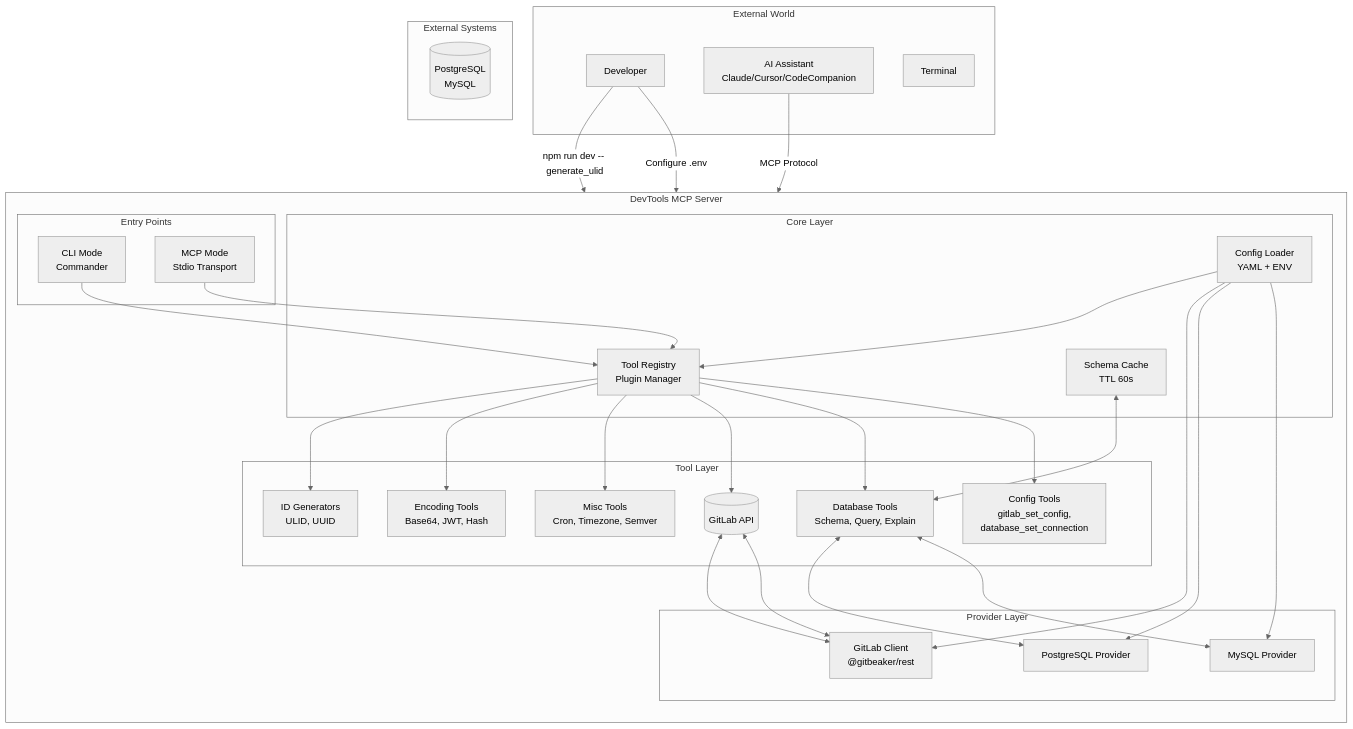
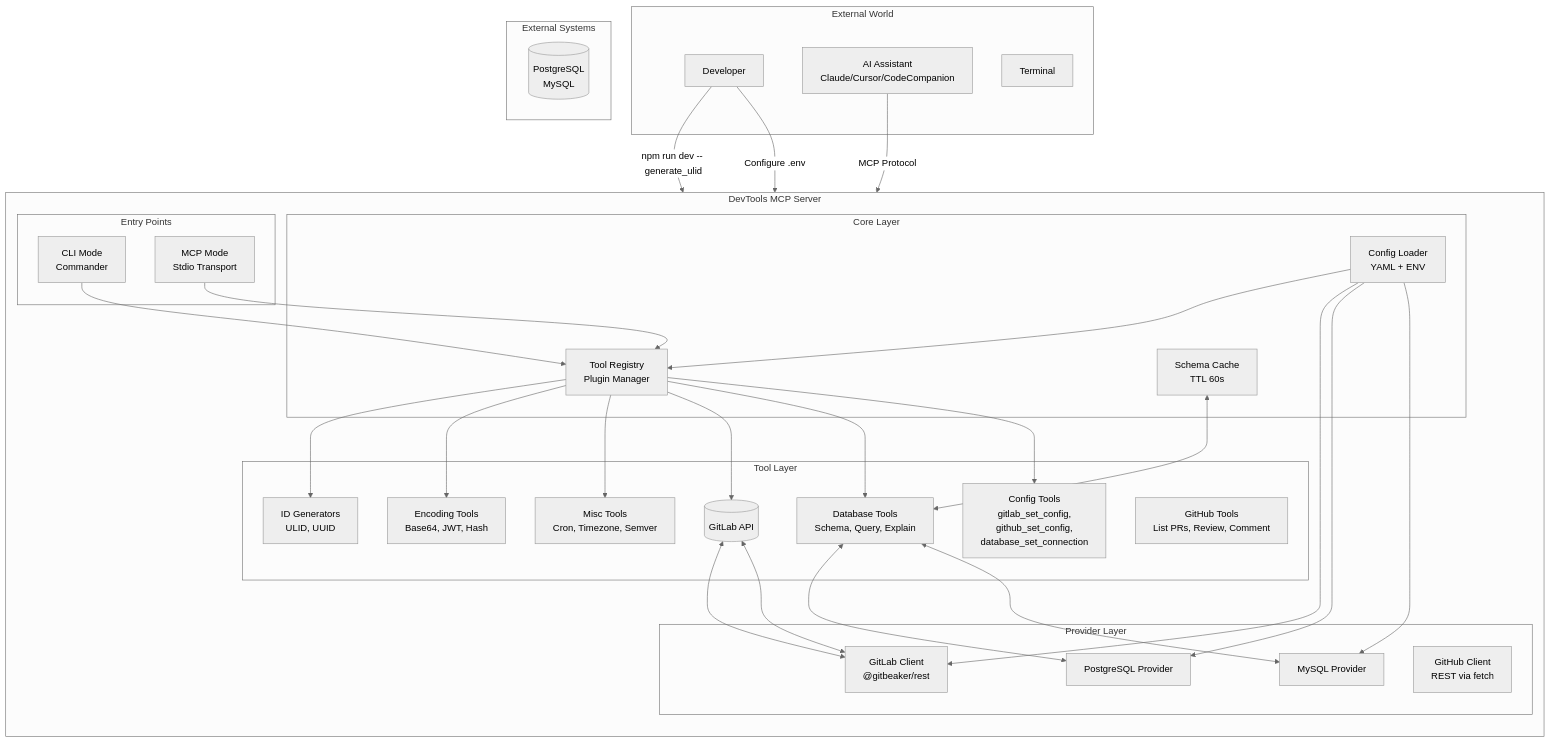
Before and after one commit to muhfaris/devtools-mcp: the first of 4 diagrams in docs/Architecture.md, drawn with Mermaid (neutral theme). The commit also changed other lines of this file and 39 other files, not shown here.

First line of the commit message:
feat(github): add pull request tools over the REST API

````diff
--- a/docs/Architecture.md
+++ b/docs/Architecture.md
@@ -39,69 +39,71 @@
 ```mermaid
 graph TB
     subgraph "External World"
         AI[AI Assistant<br/>Claude/Cursor/CodeCompanion]
         User[Developer]
         Terminal[Terminal]
     end
 
     subgraph "DevTools MCP Server"
         direction TB
 
         subgraph "Entry Points"
             CLI[CLI Mode<br/>Commander]
             MCP[MCP Mode<br/>Stdio Transport]
         end
 
         subgraph "Core Layer"
             Registry[Tool Registry<br/>Plugin Manager]
             Config[Config Loader<br/>YAML + ENV]
             Cache[Schema Cache<br/>TTL 60s]
         end
 
         subgraph "Tool Layer"
             ID[ID Generators<br/>ULID, UUID]
             Encoding[Encoding Tools<br/>Base64, JWT, Hash]
             Misc[Misc Tools<br/>Cron, Timezone, Semver]
             GitLab[GitLab Tools<br/>List MRs, Review, Comment]
+            GitHub[GitHub Tools<br/>List PRs, Review, Comment]
             DB[Database Tools<br/>Schema, Query, Explain]
-            ConfigTools[Config Tools<br/>gitlab_set_config,<br/>database_set_connection]
+            ConfigTools[Config Tools<br/>gitlab_set_config,<br/>github_set_config,<br/>database_set_connection]
         end
 
         subgraph "Provider Layer"
             Postgres[PostgreSQL Provider]
             MySQL[MySQL Provider]
             GitLabProvider[GitLab Client<br/>@gitbeaker/rest]
+            GitHubProvider[GitHub Client<br/>REST via fetch]
         end
     end
 
     subgraph "External Systems"
         Database[(PostgreSQL<br/>MySQL)]
         GitLab[(GitLab API)]
     end
 
     User -->|"npm run dev -- generate_ulid"| CLI
     User -->|"Configure .env"| Config
     AI -->|"MCP Protocol"| MCP
 
     CLI --> Registry
     MCP --> Registry
 
     Registry --> ID
     Registry --> Encoding
     Registry --> Misc
     Registry --> GitLab
     Registry --> DB
     Registry --> ConfigTools
 
     Config --> Registry
     Config --> GitLabProvider
     Config --> Postgres
     Config --> MySQL
 
     Cache <--> DB
     DB <--> Postgres
     DB <--> MySQL
 
     GitLab <--> GitLabProvider
     GitLabProvider <--> GitLab
 ```
````
